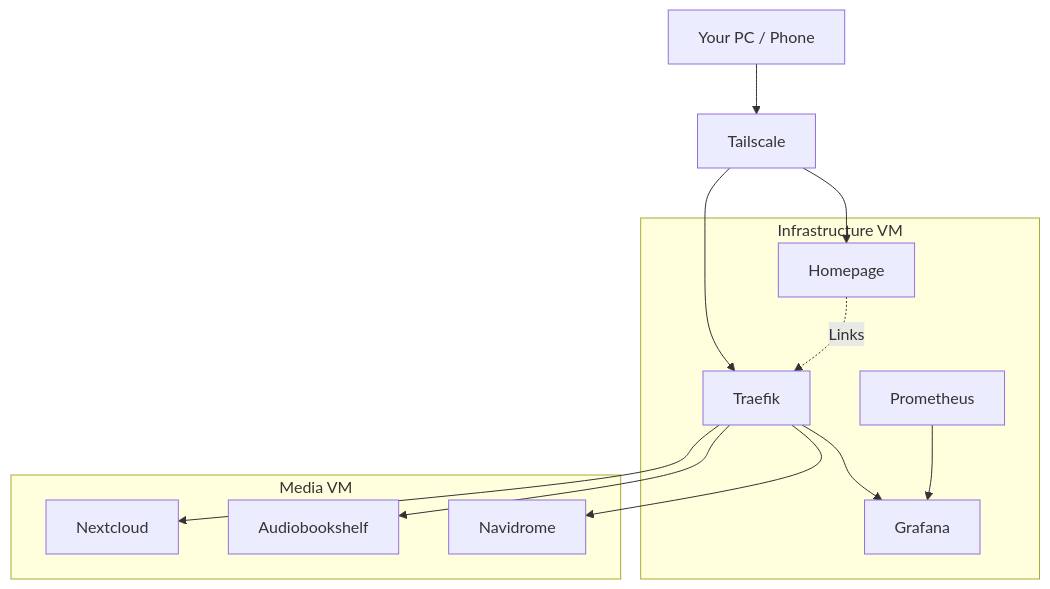
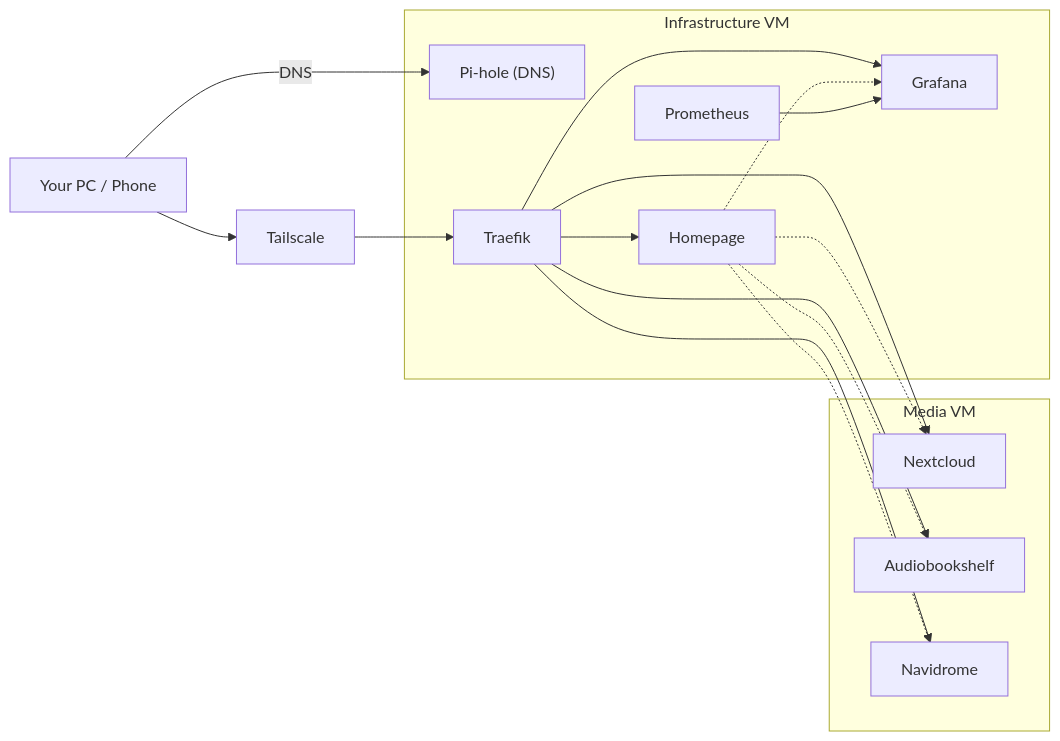
One commit to Juzarx/homelab changed the second of 3 diagrams in docs/architecture.md. Above: the diagram before and after it, drawn with Mermaid. The commit also changed other lines of this file and 1 other file, not shown here.

Commit message:
docs: updated architecture and roadmap to current plans

````diff
--- a/docs/architecture.md
+++ b/docs/architecture.md
@@ -41,34 +41,37 @@
 ```mermaid
-graph TD
+graph LR
 
-User[Your PC / Phone]
-
+User["Your PC / Phone"]
 TS[Tailscale]
 
 subgraph Infra["Infrastructure VM"]
+    Pihole["Pi-hole (DNS)"]
+    Traefik[Traefik]
     Homepage[Homepage]
-    Traefik[Traefik]
     Prometheus[Prometheus]
     Grafana[Grafana]
 end
 
 subgraph Media["Media VM"]
     Nextcloud[Nextcloud]
     Books[Audiobookshelf]
     Music[Navidrome]
 end
 
+User -->|DNS| Pihole
 User --> TS
+TS --> Traefik
 
-TS --> Traefik
-TS --> Homepage
-
-Homepage -. Links .-> Traefik
-
+Traefik --> Homepage
+Traefik --> Grafana
 Traefik --> Nextcloud
 Traefik --> Books
 Traefik --> Music
-Traefik --> Grafana
+
+Homepage -.-> Nextcloud
+Homepage -.-> Grafana
+Homepage -.-> Books
+Homepage -.-> Music
 
 Prometheus --> Grafana
 ```
````
